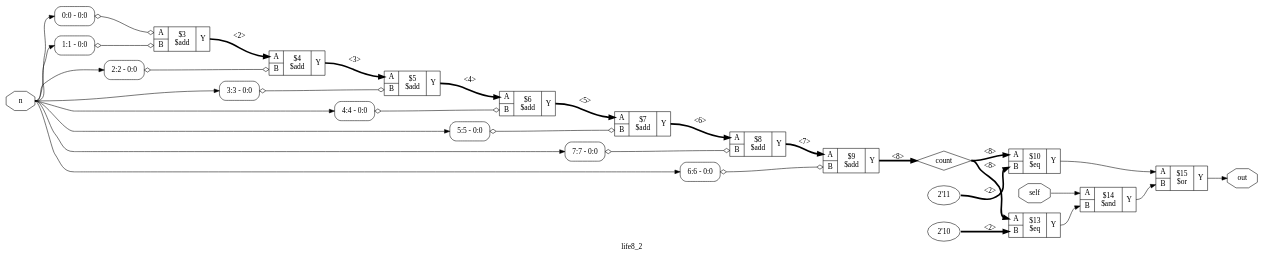
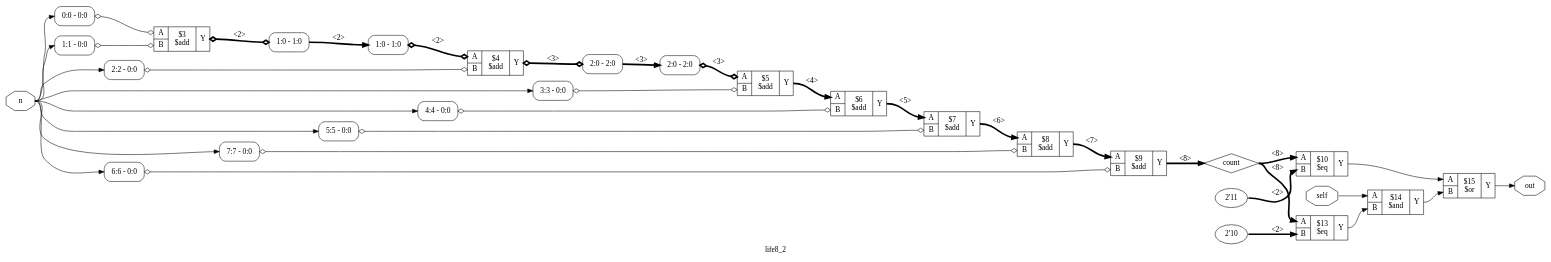
The diagram in dot/life8_2_df.dot (theo-learner/bFlow), drawn with Graphviz before and after one commit. The commit also changed 58 other files, not shown here.

```diff
--- a/dot/life8_2_df.dot
+++ b/dot/life8_2_df.dot
@@ -1,62 +1,70 @@
 digraph "life8_2" {
 label="life8_2";
 rankdir="LR";
 remincross=true;
-n2 [ shape=octagon, label="self", color="black", fontcolor="black" ];
-n3 [ shape=octagon, label="n", color="black", fontcolor="black" ];
-n4 [ shape=octagon, label="out", color="black", fontcolor="black" ];
-n5 [ shape=diamond, label="count", color="black", fontcolor="black" ];
-c18 [ shape=record, label="{{<p15> A|<p16> B}|$3\n$add|{<p17> Y}}" ];
-x0 [ shape=record, style=rounded, label="<s0> 0:0 - 0:0 " ];
-x0:e -> c18:p15:w [arrowhead=odiamond, arrowtail=odiamond, dir=both, color="black", label=""];
-x1 [ shape=record, style=rounded, label="<s0> 1:1 - 0:0 " ];
-x1:e -> c18:p16:w [arrowhead=odiamond, arrowtail=odiamond, dir=both, color="black", label=""];
-c19 [ shape=record, label="{{<p15> A|<p16> B}|$4\n$add|{<p17> Y}}" ];
-x2 [ shape=record, style=rounded, label="<s0> 2:2 - 0:0 " ];
-x2:e -> c19:p16:w [arrowhead=odiamond, arrowtail=odiamond, dir=both, color="black", label=""];
-c20 [ shape=record, label="{{<p15> A|<p16> B}|$5\n$add|{<p17> Y}}" ];
-x3 [ shape=record, style=rounded, label="<s0> 3:3 - 0:0 " ];
-x3:e -> c20:p16:w [arrowhead=odiamond, arrowtail=odiamond, dir=both, color="black", label=""];
-c21 [ shape=record, label="{{<p15> A|<p16> B}|$6\n$add|{<p17> Y}}" ];
+n11 [ shape=diamond, label="count", color="black", fontcolor="black" ];
+n12 [ shape=octagon, label="out", color="black", fontcolor="black" ];
+n13 [ shape=octagon, label="n", color="black", fontcolor="black" ];
+n14 [ shape=octagon, label="self", color="black", fontcolor="black" ];
+c18 [ shape=record, label="{{<p15> A|<p16> B}|$15\n$or|{<p17> Y}}" ];
+c19 [ shape=record, label="{{<p15> A|<p16> B}|$14\n$and|{<p17> Y}}" ];
+v0 [ label="2'11" ];
+c20 [ shape=record, label="{{<p15> A|<p16> B}|$10\n$eq|{<p17> Y}}" ];
+c21 [ shape=record, label="{{<p15> A|<p16> B}|$9\n$add|{<p17> Y}}" ];
+x1 [ shape=record, style=rounded, label="<s0> 6:6 - 0:0 " ];
+x1:e -> c21:p16:w [arrowhead=odiamond, arrowtail=odiamond, dir=both, color="black", label=""];
+c22 [ shape=record, label="{{<p15> A|<p16> B}|$8\n$add|{<p17> Y}}" ];
+x2 [ shape=record, style=rounded, label="<s0> 7:7 - 0:0 " ];
+x2:e -> c22:p16:w [arrowhead=odiamond, arrowtail=odiamond, dir=both, color="black", label=""];
+c23 [ shape=record, label="{{<p15> A|<p16> B}|$7\n$add|{<p17> Y}}" ];
+x3 [ shape=record, style=rounded, label="<s0> 5:5 - 0:0 " ];
+x3:e -> c23:p16:w [arrowhead=odiamond, arrowtail=odiamond, dir=both, color="black", label=""];
+c24 [ shape=record, label="{{<p15> A|<p16> B}|$6\n$add|{<p17> Y}}" ];
 x4 [ shape=record, style=rounded, label="<s0> 4:4 - 0:0 " ];
-x4:e -> c21:p16:w [arrowhead=odiamond, arrowtail=odiamond, dir=both, color="black", label=""];
-c22 [ shape=record, label="{{<p15> A|<p16> B}|$7\n$add|{<p17> Y}}" ];
-x5 [ shape=record, style=rounded, label="<s0> 5:5 - 0:0 " ];
-x5:e -> c22:p16:w [arrowhead=odiamond, arrowtail=odiamond, dir=both, color="black", label=""];
-c23 [ shape=record, label="{{<p15> A|<p16> B}|$8\n$add|{<p17> Y}}" ];
-x6 [ shape=record, style=rounded, label="<s0> 7:7 - 0:0 " ];
-x6:e -> c23:p16:w [arrowhead=odiamond, arrowtail=odiamond, dir=both, color="black", label=""];
-c24 [ shape=record, label="{{<p15> A|<p16> B}|$9\n$add|{<p17> Y}}" ];
-x7 [ shape=record, style=rounded, label="<s0> 6:6 - 0:0 " ];
-x7:e -> c24:p16:w [arrowhead=odiamond, arrowtail=odiamond, dir=both, color="black", label=""];
-v8 [ label="2'11" ];
-c25 [ shape=record, label="{{<p15> A|<p16> B}|$10\n$eq|{<p17> Y}}" ];
-v9 [ label="2'10" ];
-c26 [ shape=record, label="{{<p15> A|<p16> B}|$13\n$eq|{<p17> Y}}" ];
-c27 [ shape=record, label="{{<p15> A|<p16> B}|$14\n$and|{<p17> Y}}" ];
-c28 [ shape=record, label="{{<p15> A|<p16> B}|$15\n$or|{<p17> Y}}" ];
-c22:p17:e -> c23:p15:w [color="black", style="setlinewidth(3)", label="<6>"];
-c23:p17:e -> c24:p15:w [color="black", style="setlinewidth(3)", label="<7>"];
-c25:p17:e -> c28:p15:w [color="black", label=""];
-c26:p17:e -> c27:p16:w [color="black", label=""];
-c27:p17:e -> c28:p16:w [color="black", label=""];
-n2:e -> c27:p15:w [color="black", label=""];
-n3:e -> x0:s0:w [color="black", label=""];
-n3:e -> x1:s0:w [color="black", label=""];
-n3:e -> x2:s0:w [color="black", label=""];
-n3:e -> x3:s0:w [color="black", label=""];
-n3:e -> x4:s0:w [color="black", label=""];
-n3:e -> x5:s0:w [color="black", label=""];
-n3:e -> x6:s0:w [color="black", label=""];
-n3:e -> x7:s0:w [color="black", label=""];
-c28:p17:e -> n4:w [color="black", label=""];
-c24:p17:e -> n5:w [color="black", style="setlinewidth(3)", label="<8>"];
-n5:e -> c25:p15:w [color="black", style="setlinewidth(3)", label="<8>"];
-n5:e -> c26:p15:w [color="black", style="setlinewidth(3)", label="<8>"];
-c18:p17:e -> c19:p15:w [color="black", style="setlinewidth(3)", label="<2>"];
-c19:p17:e -> c20:p15:w [color="black", style="setlinewidth(3)", label="<3>"];
-c20:p17:e -> c21:p15:w [color="black", style="setlinewidth(3)", label="<4>"];
-c21:p17:e -> c22:p15:w [color="black", style="setlinewidth(3)", label="<5>"];
-v8:e -> c25:p16:w [color="black", style="setlinewidth(3)", label="<2>"];
-v9:e -> c26:p16:w [color="black", style="setlinewidth(3)", label="<2>"];
+x4:e -> c24:p16:w [arrowhead=odiamond, arrowtail=odiamond, dir=both, color="black", label=""];
+c25 [ shape=record, label="{{<p15> A|<p16> B}|$5\n$add|{<p17> Y}}" ];
+x5 [ shape=record, style=rounded, label="<s0> 3:3 - 0:0 " ];
+x5:e -> c25:p16:w [arrowhead=odiamond, arrowtail=odiamond, dir=both, color="black", label=""];
+x6 [ shape=record, style=rounded, label="<s0> 2:0 - 2:0 " ];
+x6:e -> c25:p15:w [arrowhead=odiamond, arrowtail=odiamond, dir=both, color="black", style="setlinewidth(3)", label="<3>"];
+c26 [ shape=record, label="{{<p15> A|<p16> B}|$4\n$add|{<p17> Y}}" ];
+x7 [ shape=record, style=rounded, label="<s0> 2:0 - 2:0 " ];
+c26:p17:e -> x7:w [arrowhead=odiamond, arrowtail=odiamond, dir=both, color="black", style="setlinewidth(3)", label="<3>"];
+x8 [ shape=record, style=rounded, label="<s0> 2:2 - 0:0 " ];
+x8:e -> c26:p16:w [arrowhead=odiamond, arrowtail=odiamond, dir=both, color="black", label=""];
+x9 [ shape=record, style=rounded, label="<s0> 1:0 - 1:0 " ];
+x9:e -> c26:p15:w [arrowhead=odiamond, arrowtail=odiamond, dir=both, color="black", style="setlinewidth(3)", label="<2>"];
+c27 [ shape=record, label="{{<p15> A|<p16> B}|$3\n$add|{<p17> Y}}" ];
+x10 [ shape=record, style=rounded, label="<s0> 1:0 - 1:0 " ];
+c27:p17:e -> x10:w [arrowhead=odiamond, arrowtail=odiamond, dir=both, color="black", style="setlinewidth(3)", label="<2>"];
+x11 [ shape=record, style=rounded, label="<s0> 1:1 - 0:0 " ];
+x11:e -> c27:p16:w [arrowhead=odiamond, arrowtail=odiamond, dir=both, color="black", label=""];
+x12 [ shape=record, style=rounded, label="<s0> 0:0 - 0:0 " ];
+x12:e -> c27:p15:w [arrowhead=odiamond, arrowtail=odiamond, dir=both, color="black", label=""];
+v13 [ label="2'10" ];
+c28 [ shape=record, label="{{<p15> A|<p16> B}|$13\n$eq|{<p17> Y}}" ];
+c20:p17:e -> c18:p15:w [color="black", label=""];
+c21:p17:e -> n11:w [color="black", style="setlinewidth(3)", label="<8>"];
+n11:e -> c20:p15:w [color="black", style="setlinewidth(3)", label="<8>"];
+n11:e -> c28:p15:w [color="black", style="setlinewidth(3)", label="<8>"];
+c18:p17:e -> n12:w [color="black", label=""];
+n13:e -> x11:s0:w [color="black", label=""];
+n13:e -> x12:s0:w [color="black", label=""];
+n13:e -> x1:s0:w [color="black", label=""];
+n13:e -> x2:s0:w [color="black", label=""];
+n13:e -> x3:s0:w [color="black", label=""];
+n13:e -> x4:s0:w [color="black", label=""];
+n13:e -> x5:s0:w [color="black", label=""];
+n13:e -> x8:s0:w [color="black", label=""];
+n14:e -> c19:p15:w [color="black", label=""];
+x10:s0:e -> x9:s0:w [color="black", style="setlinewidth(3)", label="<2>"];
+c22:p17:e -> c21:p15:w [color="black", style="setlinewidth(3)", label="<7>"];
+c23:p17:e -> c22:p15:w [color="black", style="setlinewidth(3)", label="<6>"];
+c24:p17:e -> c23:p15:w [color="black", style="setlinewidth(3)", label="<5>"];
+c25:p17:e -> c24:p15:w [color="black", style="setlinewidth(3)", label="<4>"];
+x7:s0:e -> x6:s0:w [color="black", style="setlinewidth(3)", label="<3>"];
+c28:p17:e -> c19:p16:w [color="black", label=""];
+c19:p17:e -> c18:p16:w [color="black", label=""];
+v0:e -> c20:p16:w [color="black", style="setlinewidth(3)", label="<2>"];
+v13:e -> c28:p16:w [color="black", style="setlinewidth(3)", label="<2>"];
 }
```
